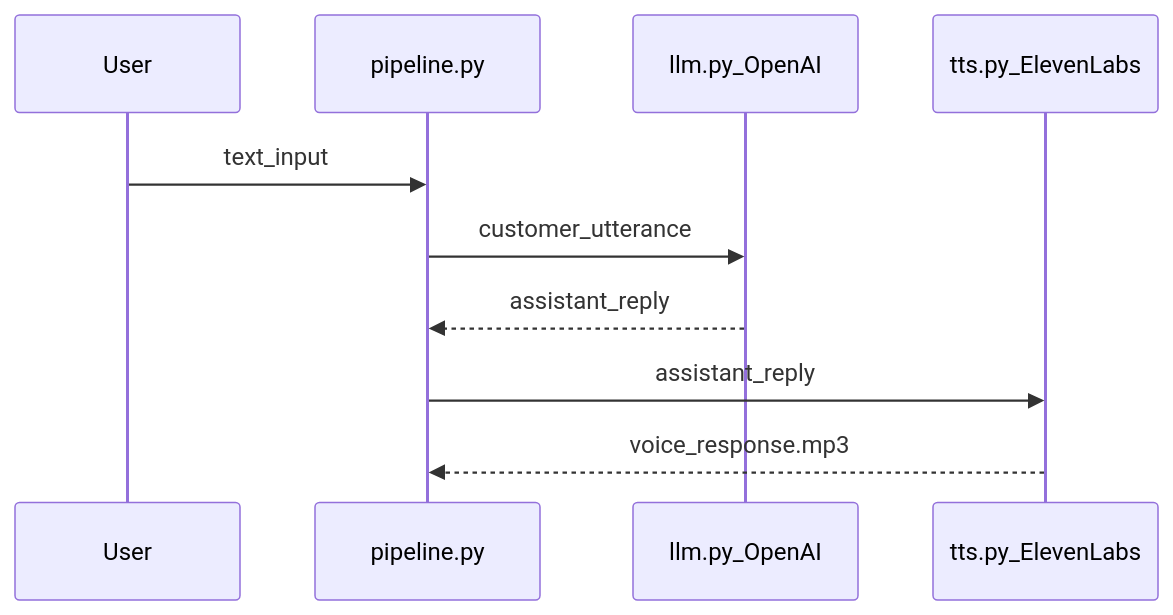
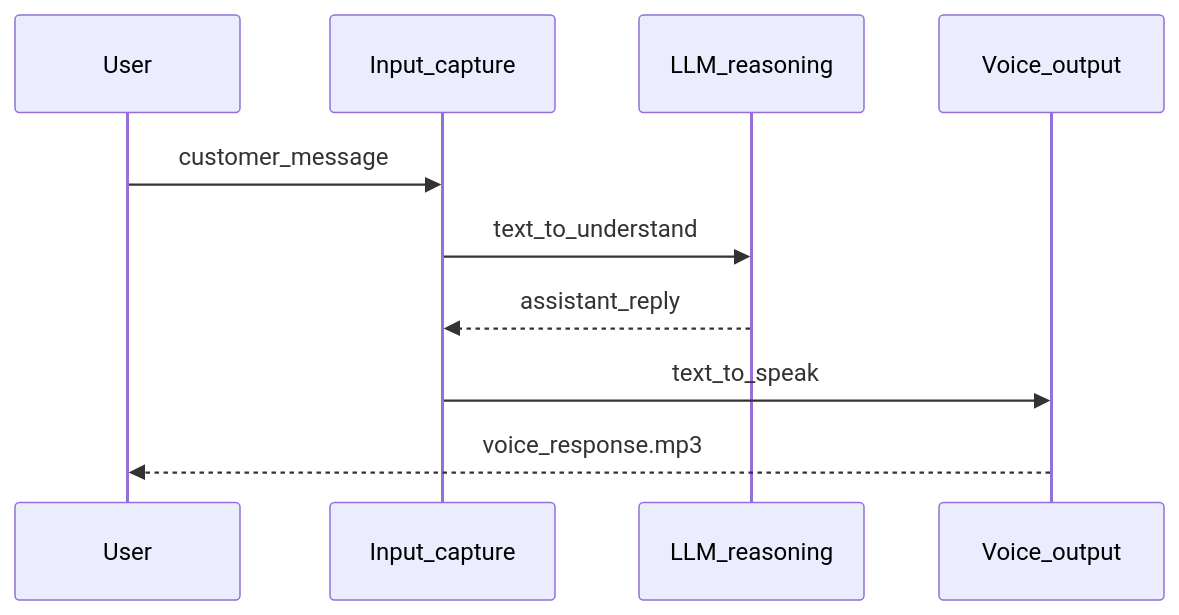
Before and after one commit to marcosdestri/ElevenLabs: the diagram in docs/voice-agent.md, drawn with Mermaid. The commit also changed other lines of this file and 9 other files, not shown here.

````diff
--- a/docs/voice-agent.md
+++ b/docs/voice-agent.md
@@ -17,12 +21,12 @@
 ```mermaid
 sequenceDiagram
   participant User
-  participant CLI as pipeline.py
-  participant LLM as llm.py_OpenAI
-  participant TTS as tts.py_ElevenLabs
-  User->>CLI: text_input
-  CLI->>LLM: customer_utterance
-  LLM-->>CLI: assistant_reply
-  CLI->>TTS: assistant_reply
-  TTS-->>CLI: voice_response.mp3
+  participant Capture as Input_capture
+  participant Reason as LLM_reasoning
+  participant Speak as Voice_output
+  User->>Capture: customer_message
+  Capture->>Reason: text_to_understand
+  Reason-->>Capture: assistant_reply
+  Capture->>Speak: text_to_speak
+  Speak-->>User: voice_response.mp3
 ```
````
